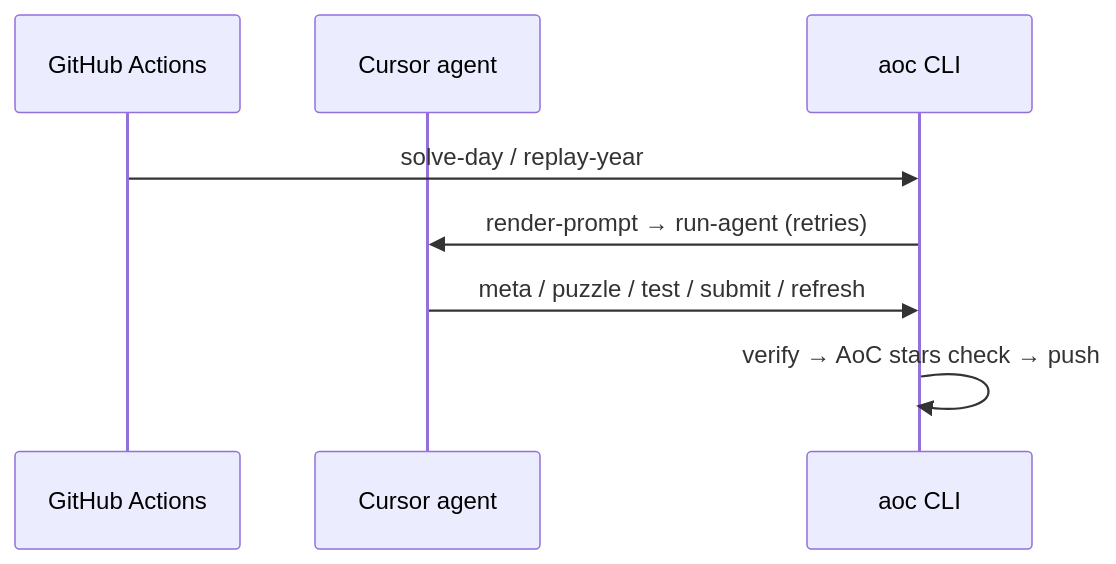
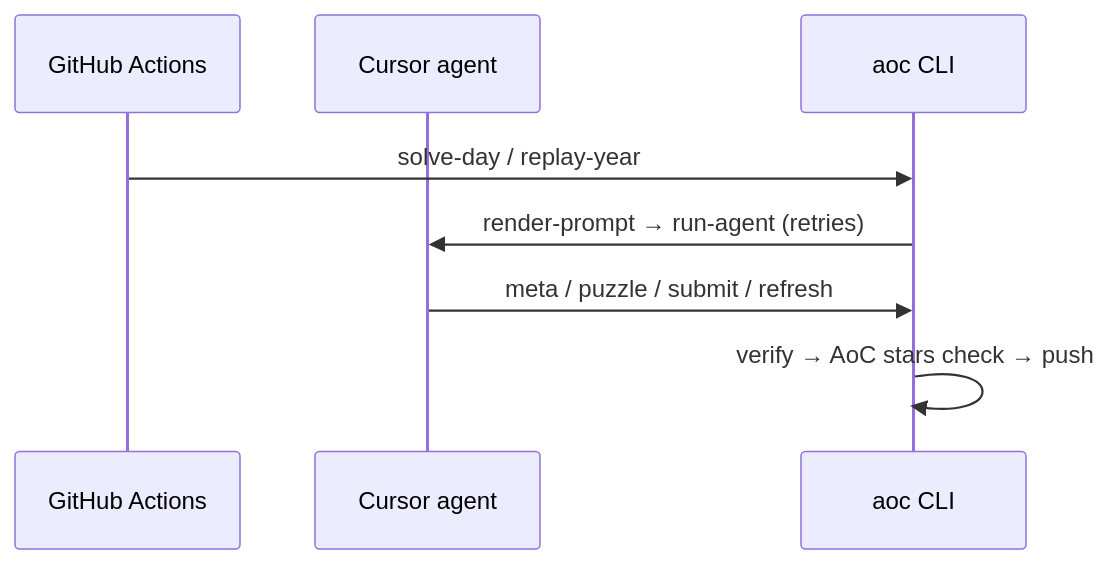
The diagram in README.md (levyvix/aoc-bot), drawn with Mermaid before and after one commit. The commit also changed other lines of this file and 5 other files, not shown here.

First line of the commit message:
aoc: drop test command; gate submit on puzzle example

````diff
--- a/README.md
+++ b/README.md
@@ -9,11 +9,11 @@
 ```mermaid
 sequenceDiagram
     participant CI as GitHub Actions
     participant Agent as Cursor agent
     participant CLI as aoc CLI
 
     CI->>CLI: solve-day / replay-year
     CLI->>Agent: render-prompt → run-agent (retries)
-    Agent->>CLI: meta / puzzle / test / submit / refresh
+    Agent->>CLI: meta / puzzle / submit / refresh
     CLI->>CLI: verify → AoC stars check → push
 ```
````
